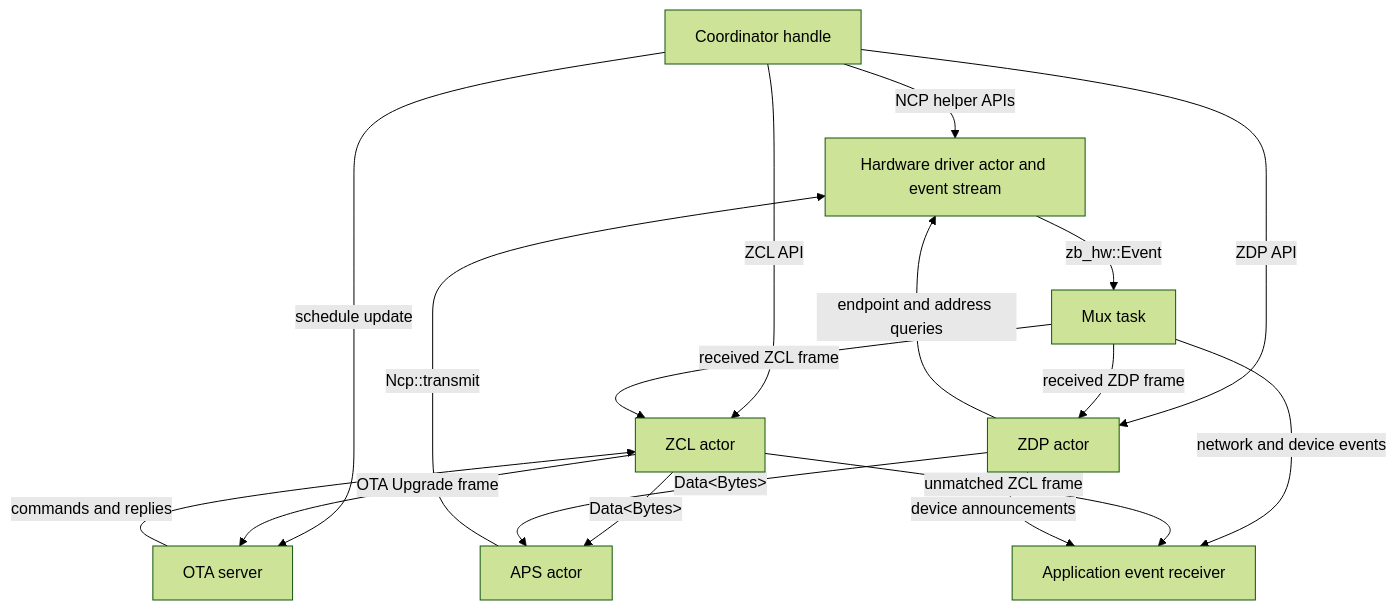
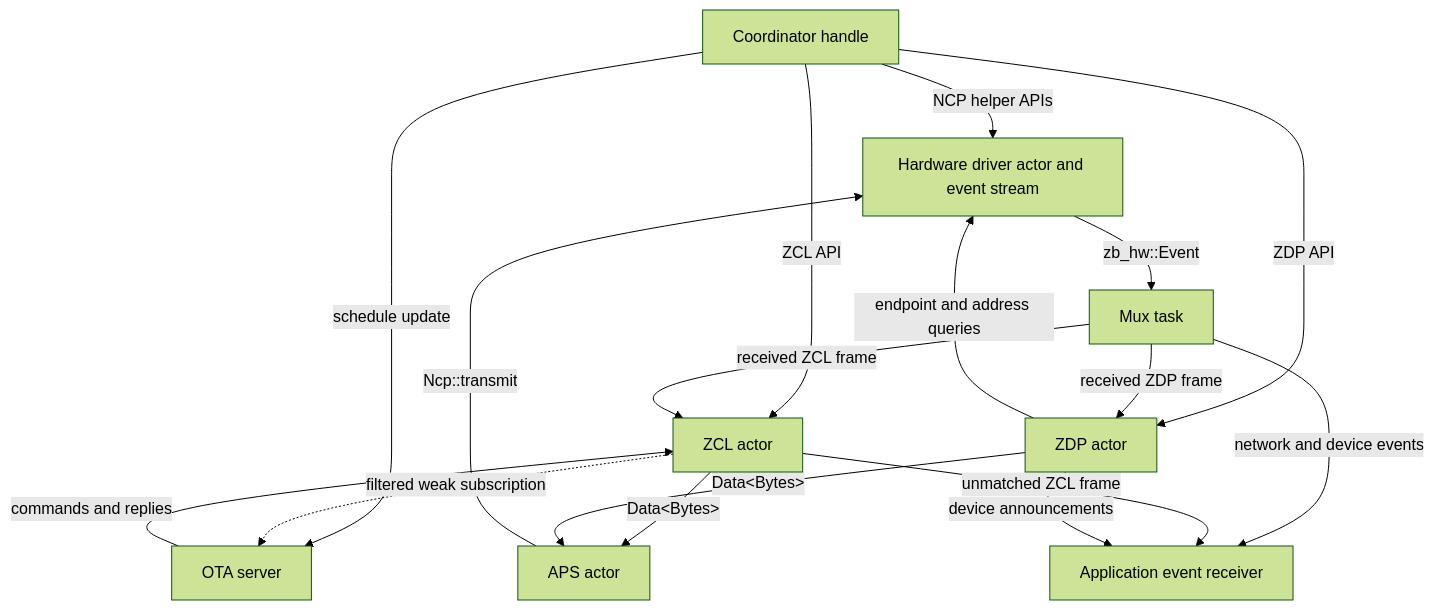
Before and after one commit to PaulmannLighting/apis-saltans: the first of 4 diagrams in coordinator/ARCHITECTURE.md, drawn with Mermaid (forest theme). The commit also changed other lines of this file and 7 other files, not shown here.

````diff
--- a/coordinator/ARCHITECTURE.md
+++ b/coordinator/ARCHITECTURE.md
@@ -8,28 +8,28 @@
 ```mermaid
 flowchart TD
     HW[Hardware driver actor and event stream]
     C[Coordinator handle]
     APS[APS actor]
     ZCL[ZCL actor]
     ZDP[ZDP actor]
     OTA[OTA server]
     M[Mux task]
     APP[Application event receiver]
 
     C -->|ZCL API| ZCL
     C -->|ZDP API| ZDP
     C -->|schedule update| OTA
     C -->|NCP helper APIs| HW
     ZCL -->|Data&lt;Bytes&gt;| APS
     ZDP -->|Data&lt;Bytes&gt;| APS
     ZDP -->|endpoint and address queries| HW
     APS -->|Ncp::transmit| HW
     HW -->|zb_hw::Event| M
     M -->|received ZCL frame| ZCL
     M -->|received ZDP frame| ZDP
     M -->|network and device events| APP
     ZCL -->|unmatched ZCL frame| APP
-    ZCL -->|OTA Upgrade frame| OTA
+    ZCL -.->|filtered weak subscription| OTA
     OTA -->|commands and replies| ZCL
     ZDP -->|device announcements| APP
 ```
````
